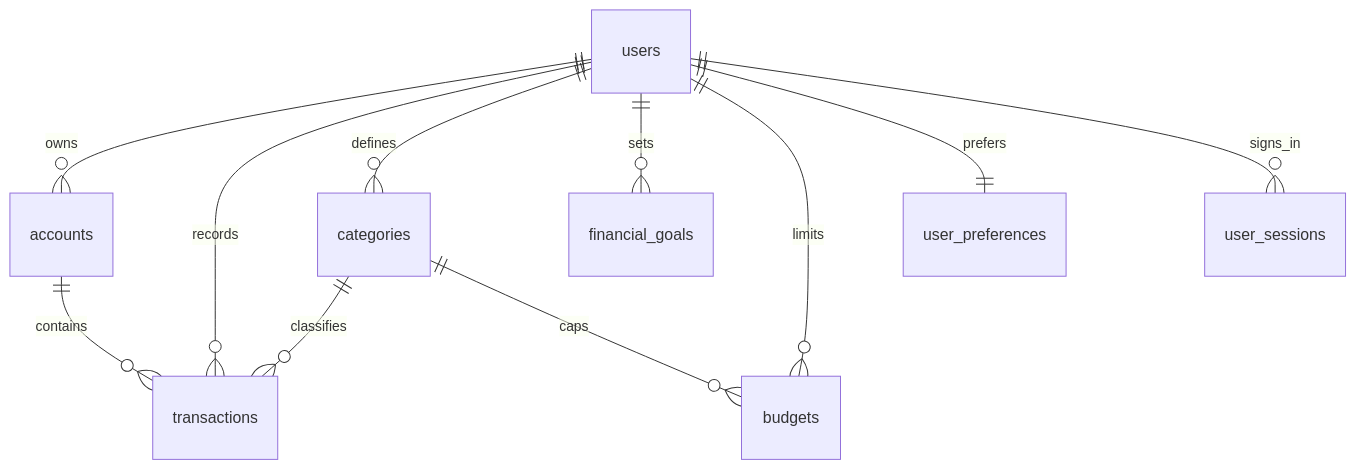
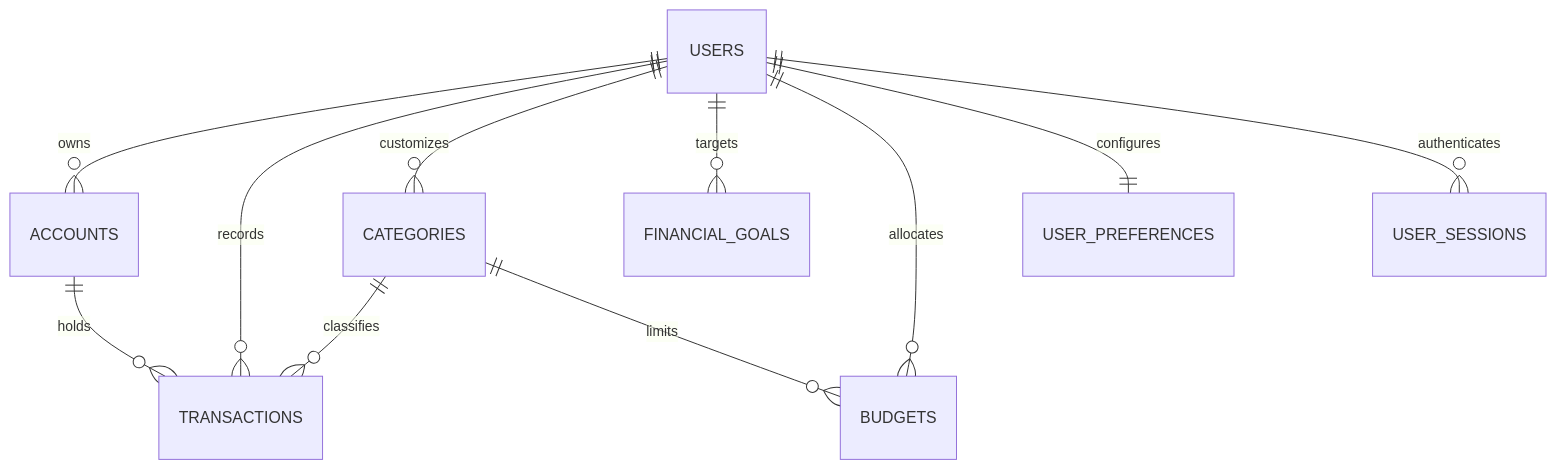
One commit to divydoesnotcode/ai-personal-CFO changed the diagram in README.md. Above: the diagram before and after it, drawn with Mermaid. The commit also changed other lines of this file and 30 other files, not shown here.

````diff
--- a/README.md
+++ b/README.md
@@ -153,13 +109,13 @@
 ```mermaid
 erDiagram
-    users ||--o{ accounts : owns
-    users ||--o{ transactions : records
-    users ||--o{ categories : defines
-    users ||--o{ financial_goals : sets
-    users ||--o{ budgets : limits
-    users ||--|| user_preferences : prefers
-    users ||--o{ user_sessions : signs_in
-    accounts ||--o{ transactions : contains
-    categories ||--o{ transactions : classifies
-    categories ||--o{ budgets : caps
+    USERS ||--o{ ACCOUNTS : "owns"
+    USERS ||--o{ TRANSACTIONS : "records"
+    USERS ||--o{ CATEGORIES : "customizes"
+    USERS ||--o{ FINANCIAL_GOALS : "targets"
+    USERS ||--o{ BUDGETS : "allocates"
+    USERS ||--|| USER_PREFERENCES : "configures"
+    USERS ||--o{ USER_SESSIONS : "authenticates"
+    ACCOUNTS ||--o{ TRANSACTIONS : "holds"
+    CATEGORIES ||--o{ TRANSACTIONS : "classifies"
+    CATEGORIES ||--o{ BUDGETS : "limits"
 ```
````
